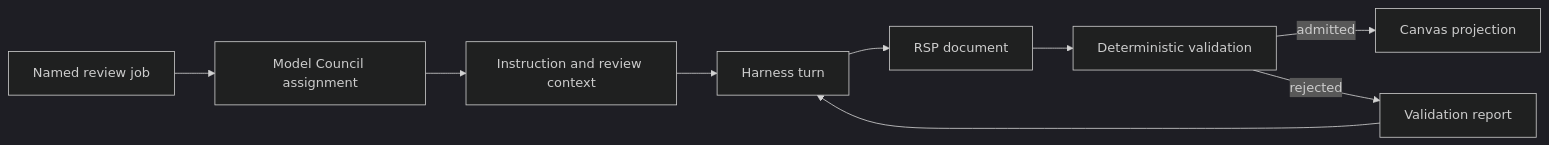
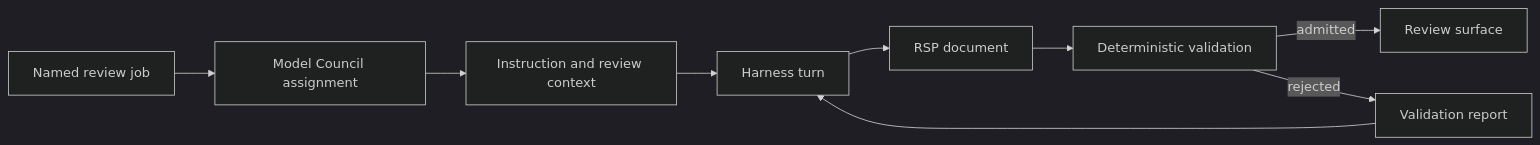
The first of 2 diagrams in docs/developing/concepts/surfacing-and-routing.md (rbutera/Rennet), drawn with Mermaid (dark theme) before and after one commit. The commit also changed other lines of this file and 17 other files, not shown here.

````diff
--- a/docs/developing/concepts/surfacing-and-routing.md
+++ b/docs/developing/concepts/surfacing-and-routing.md
@@ -12,11 +12,11 @@
 ```mermaid
 flowchart LR
   job[Named review job] --> council[Model Council assignment]
   council --> prompt[Instruction and review context]
   prompt --> harness[Harness turn]
   harness --> document[RSP document]
   document --> validate[Deterministic validation]
-  validate -->|admitted| canvas[Canvas projection]
+  validate -->|admitted| surface[Review surface]
   validate -->|rejected| report[Validation report]
   report --> harness
 ```
````
